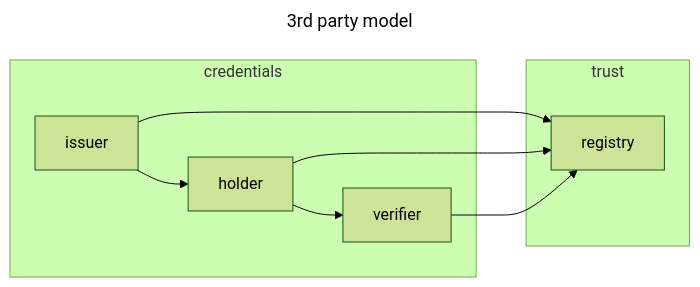
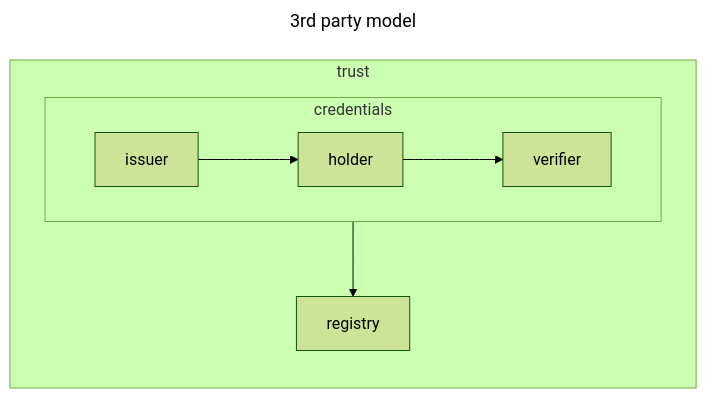
The diagram in webuild-drafts/draft-leifj-local-trust-resolver.md (leifj/webuild-architecture), drawn with Mermaid (forest theme) before and after one commit. The commit also changed other lines of this file, not shown here.

````diff
--- a/webuild-drafts/draft-leifj-local-trust-resolver.md
+++ b/webuild-drafts/draft-leifj-local-trust-resolver.md
@@ -21,13 +23,13 @@
 ```mermaid
 ---
 title: 3rd party model
 ---
 flowchart LR;
    subgraph credentials
    issuer-->holder;
    holder-->verifier;
    end
    subgraph trust
-   issuer & holder & verifier -->registry;
+   credentials --> registry;
    end
 ```
````
